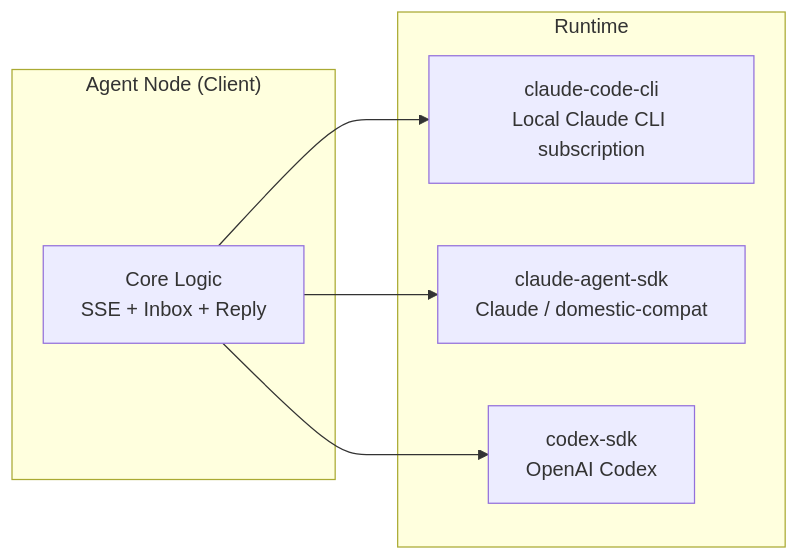
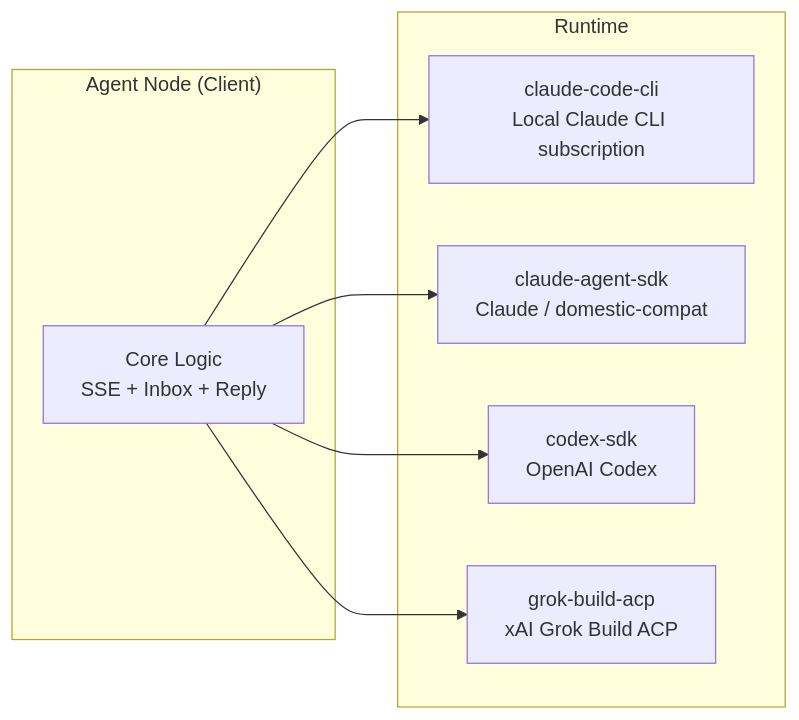
The fifth of 8 diagrams in docs-site/docs/en/guide/architecture.md (sleep2agi/agent-network), drawn with Mermaid before and after one commit. The commit also changed other lines of this file and 1 other file, not shown here.

````diff
--- a/docs-site/docs/en/guide/architecture.md
+++ b/docs-site/docs/en/guide/architecture.md
@@ -306,16 +306,18 @@
 ```mermaid
 graph LR
     subgraph "Agent Node (Client)"
         CORE[Core Logic<br/>SSE + Inbox + Reply]
     end
 
     subgraph "Runtime"
         R0[claude-code-cli<br/>Local Claude CLI subscription]
         R1[claude-agent-sdk<br/>Claude / domestic-compat]
         R2[codex-sdk<br/>OpenAI Codex]
+        R3[grok-build-acp<br/>xAI Grok Build ACP]
     end
 
     CORE --> R0
     CORE --> R1
     CORE --> R2
+    CORE --> R3
 ```
````
